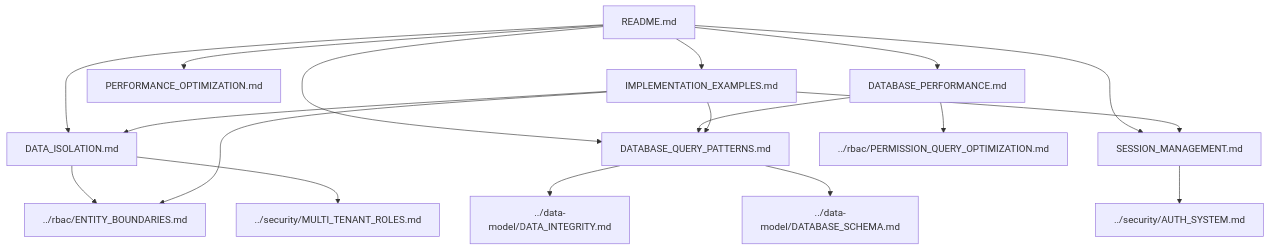
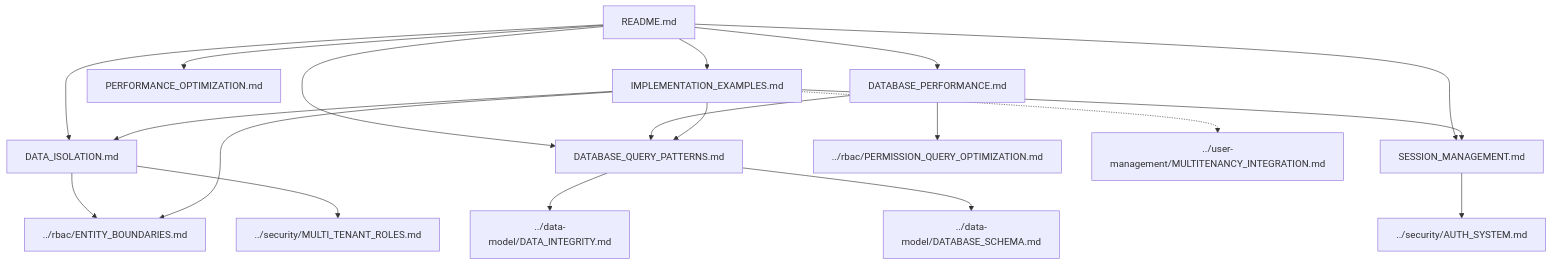
One commit to tesfayekb/core-base changed the diagram in src/docs/documentation-maps/MULTI_TENANT_MAP.md. Above: the diagram before and after it, drawn with Mermaid. The commit also changed other lines of this file and 3 other files, not shown here.

````diff
--- a/src/docs/documentation-maps/MULTI_TENANT_MAP.md
+++ b/src/docs/documentation-maps/MULTI_TENANT_MAP.md
@@ -24,25 +24,27 @@
 ```mermaid
 graph TD
     MT["README.md"] --> MT_DATA["DATA_ISOLATION.md"]
     MT --> MT_DB["DATABASE_QUERY_PATTERNS.md"]
     MT --> MT_PERF["DATABASE_PERFORMANCE.md"]
     MT --> MT_SESSION["SESSION_MANAGEMENT.md"]
     MT --> MT_OPT["PERFORMANCE_OPTIMIZATION.md"]
     MT --> MT_EXAMPLES["IMPLEMENTATION_EXAMPLES.md"]
     
     MT_DATA --> RBAC_ENT["../rbac/ENTITY_BOUNDARIES.md"]
     MT_DATA --> SEC_MTR["../security/MULTI_TENANT_ROLES.md"]
     
     MT_DB --> DATA_INT["../data-model/DATA_INTEGRITY.md"]
     MT_DB --> DB_SCHEMA["../data-model/DATABASE_SCHEMA.md"]
     
     MT_PERF --> MT_DB
     MT_PERF --> RBAC_PERF["../rbac/PERMISSION_QUERY_OPTIMIZATION.md"]
     
     MT_SESSION --> SEC_AUTH["../security/AUTH_SYSTEM.md"]
     
     MT_EXAMPLES --> MT_DATA
     MT_EXAMPLES --> MT_DB
     MT_EXAMPLES --> MT_SESSION
     MT_EXAMPLES --> RBAC_ENT
+    
+    MT_EXAMPLES -.-> UM_MT["../user-management/MULTITENANCY_INTEGRATION.md"]
 ```
````
